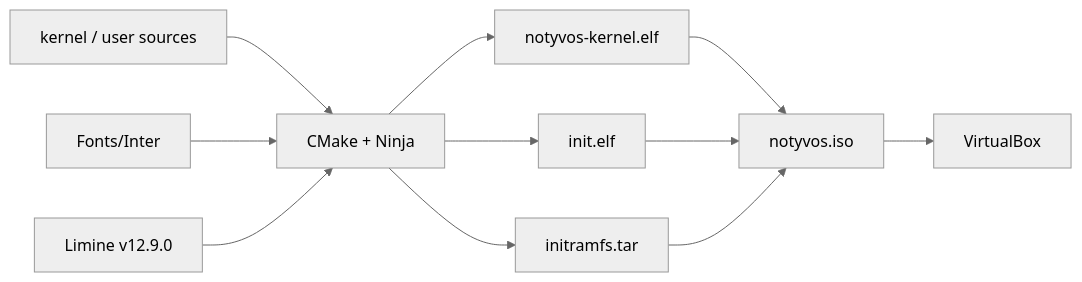
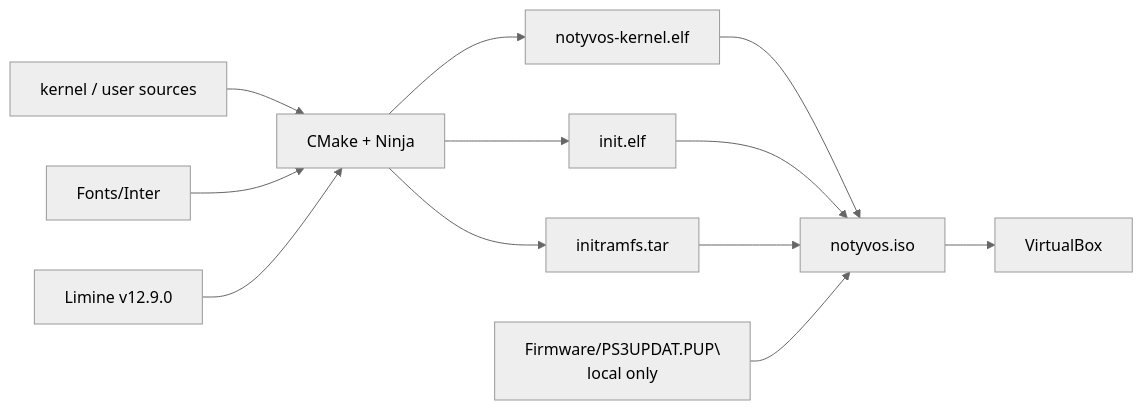
Before and after one commit to NotY215/NotYVOS: the first of 2 diagrams in docs/build.md, drawn with Mermaid (neutral theme). The commit also changed other lines of this file, not shown here.

Commit message:
docs: document local PS3 firmware ISO build input

````diff
--- a/docs/build.md
+++ b/docs/build.md
@@ -35,13 +51,14 @@
 ```mermaid
 flowchart LR
     SRC[kernel / user sources] --> CMAKE[CMake + Ninja]
     FONT[Fonts/Inter] --> CMAKE
     LIM[Limine v12.9.0] --> CMAKE
     CMAKE --> ELF[notyvos-kernel.elf]
     CMAKE --> INIT[init.elf]
     CMAKE --> RAM[initramfs.tar]
     ELF --> ISO[notyvos.iso]
     INIT --> ISO
     RAM --> ISO
+    PUP[Firmware/PS3UPDAT.PUP\\nlocal only] --> ISO
     ISO --> VBOX[VirtualBox]
 ```
````
